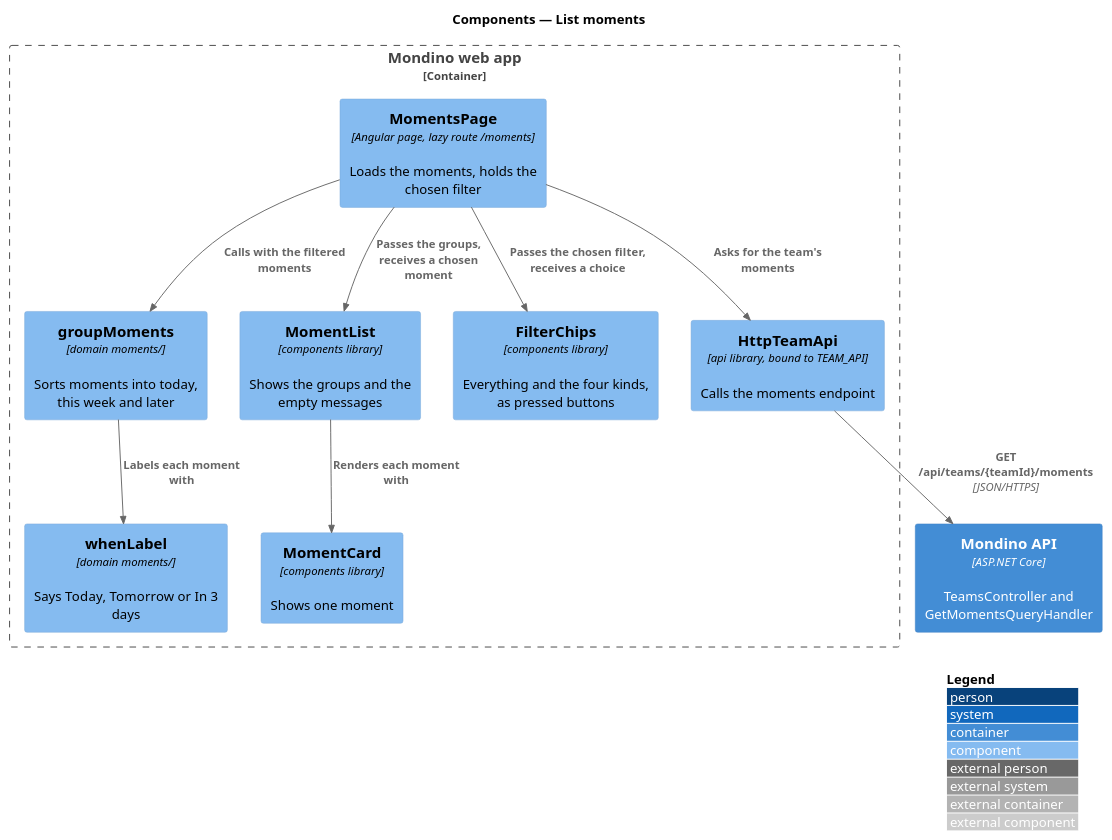
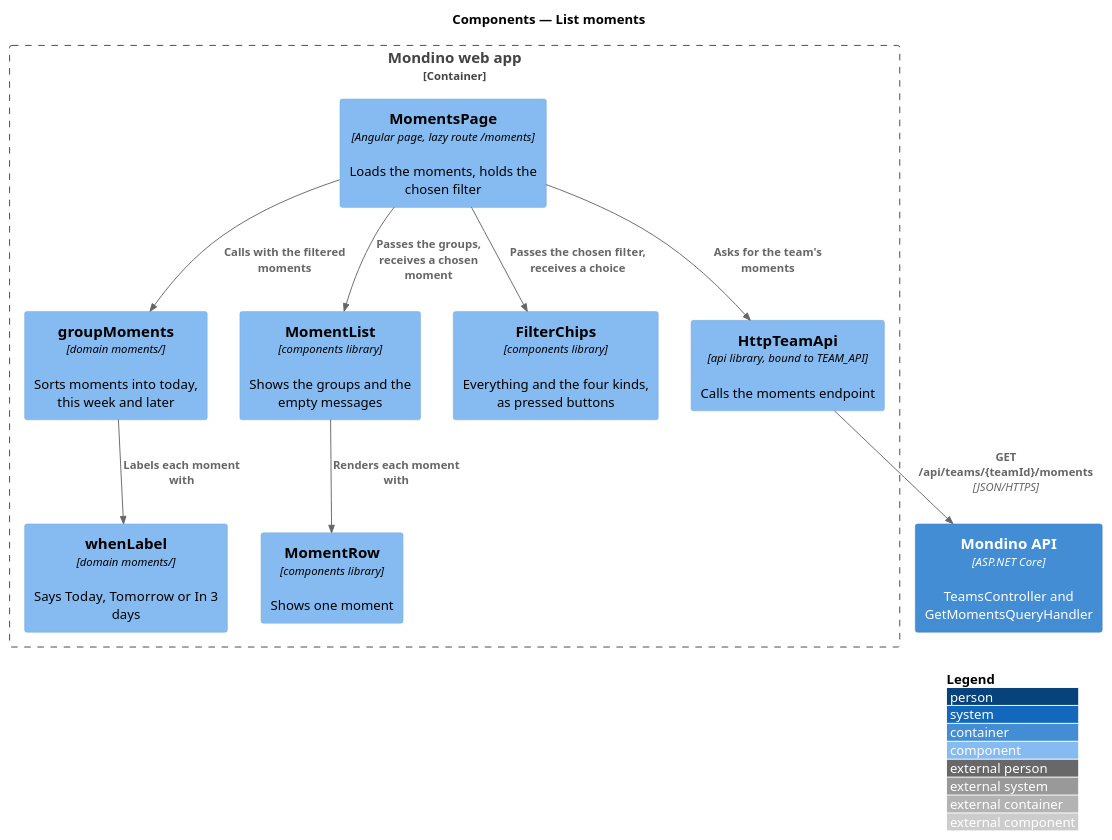
Before and after one commit to QuinntyneBrown/Mondino: the diagram in docs/detailed-designs/moments/list-moments/diagrams/c4-component.puml, drawn with PlantUML. The commit also changed 21 other files, not shown here.

```diff
--- a/docs/detailed-designs/moments/list-moments/diagrams/c4-component.puml
+++ b/docs/detailed-designs/moments/list-moments/diagrams/c4-component.puml
@@ -1,24 +1,24 @@
 @startuml
 !include <C4/C4_Component>
 LAYOUT_WITH_LEGEND()
 title Components — List moments
 
 Container_Boundary(web, "Mondino web app") {
   Component(page, "MomentsPage", "Angular page, lazy route /moments", "Loads the moments, holds the chosen filter")
   Component(client, "HttpTeamApi", "api library, bound to TEAM_API", "Calls the moments endpoint")
   Component(group, "groupMoments", "domain moments/", "Sorts moments into today, this week and later")
   Component(when, "whenLabel", "domain moments/", "Says Today, Tomorrow or In 3 days")
   Component(chips, "FilterChips", "components library", "Everything and the four kinds, as pressed buttons")
   Component(list, "MomentList", "components library", "Shows the groups and the empty messages")
-  Component(card, "MomentCard", "components library", "Shows one moment")
+  Component(card, "MomentRow", "components library", "Shows one moment")
 }
 Container(api, "Mondino API", "ASP.NET Core", "TeamsController and GetMomentsQueryHandler")
 
 Rel(page, client, "Asks for the team's moments")
 Rel(client, api, "GET /api/teams/{teamId}/moments", "JSON/HTTPS")
 Rel(page, group, "Calls with the filtered moments")
 Rel(group, when, "Labels each moment with")
 Rel(page, chips, "Passes the chosen filter, receives a choice")
 Rel(page, list, "Passes the groups, receives a chosen moment")
 Rel(list, card, "Renders each moment with")
 @enduml
```
